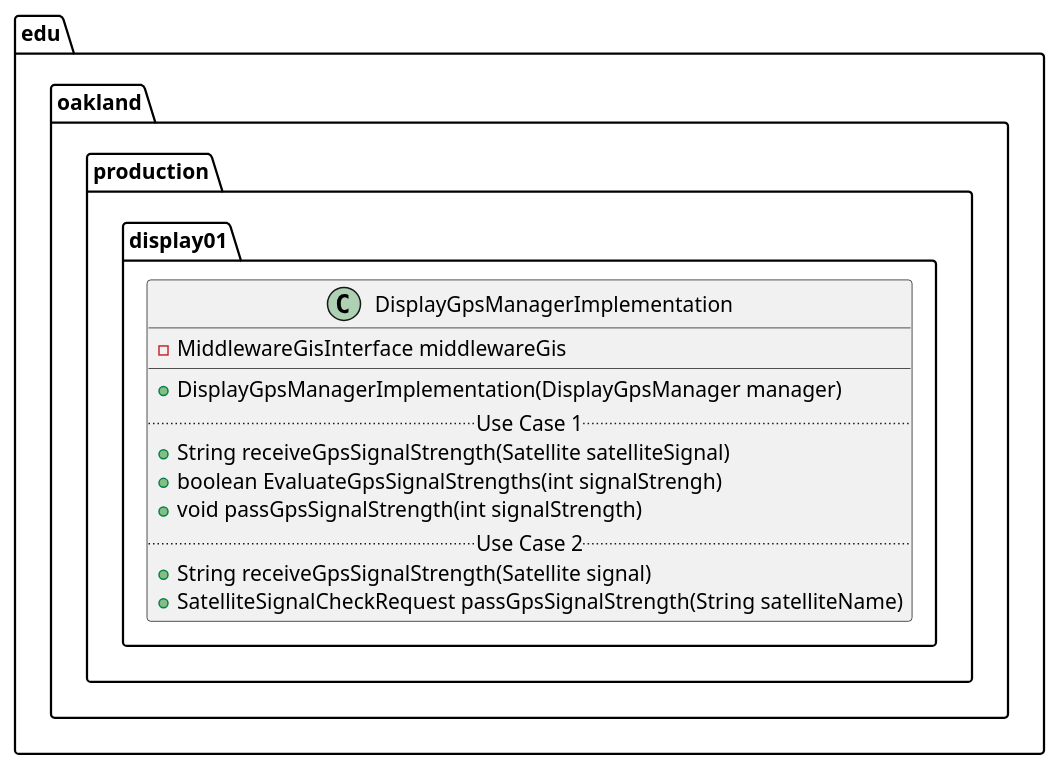
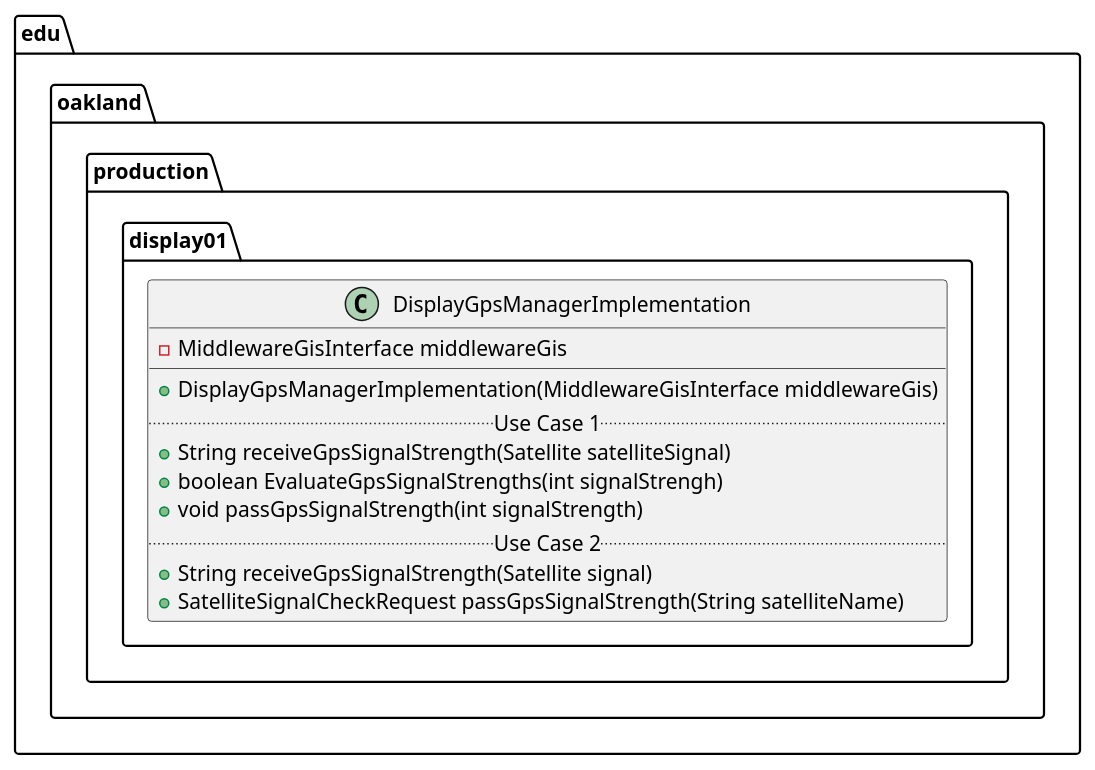
One commit to andrewdimmer/csi-3370-software-project changed the diagram in docs/uml-class-diagrams/display01/production/DisplayGpsManagerImplementation/DisplayGpsManagerImplementation.puml. Above: the diagram before and after it, drawn with PlantUML. The commit also changed 14 other files, not shown here.

Commit message:
[Display_01] Fixed Out-Of-Order Test Sequence

```diff
--- a/docs/uml-class-diagrams/display01/production/DisplayGpsManagerImplementation/DisplayGpsManagerImplementation.puml
+++ b/docs/uml-class-diagrams/display01/production/DisplayGpsManagerImplementation/DisplayGpsManagerImplementation.puml
@@ -1,18 +1,18 @@
 @startuml DisplayGpsManagerImplementation
 
 package edu.oakland.production.display01 {
   class DisplayGpsManagerImplementation {
     - MiddlewareGisInterface middlewareGis
    __
-    + DisplayGpsManagerImplementation(DisplayGpsManager manager)
+    + DisplayGpsManagerImplementation(MiddlewareGisInterface middlewareGis)
     .. Use Case 1 ..
     + String receiveGpsSignalStrength(Satellite satelliteSignal)
     + boolean EvaluateGpsSignalStrengths(int signalStrengh)
     + void passGpsSignalStrength(int signalStrength)
     .. Use Case 2 ..
     + String receiveGpsSignalStrength(Satellite signal)
     + SatelliteSignalCheckRequest passGpsSignalStrength(String satelliteName)
     }
 }
 
 @enduml
```
